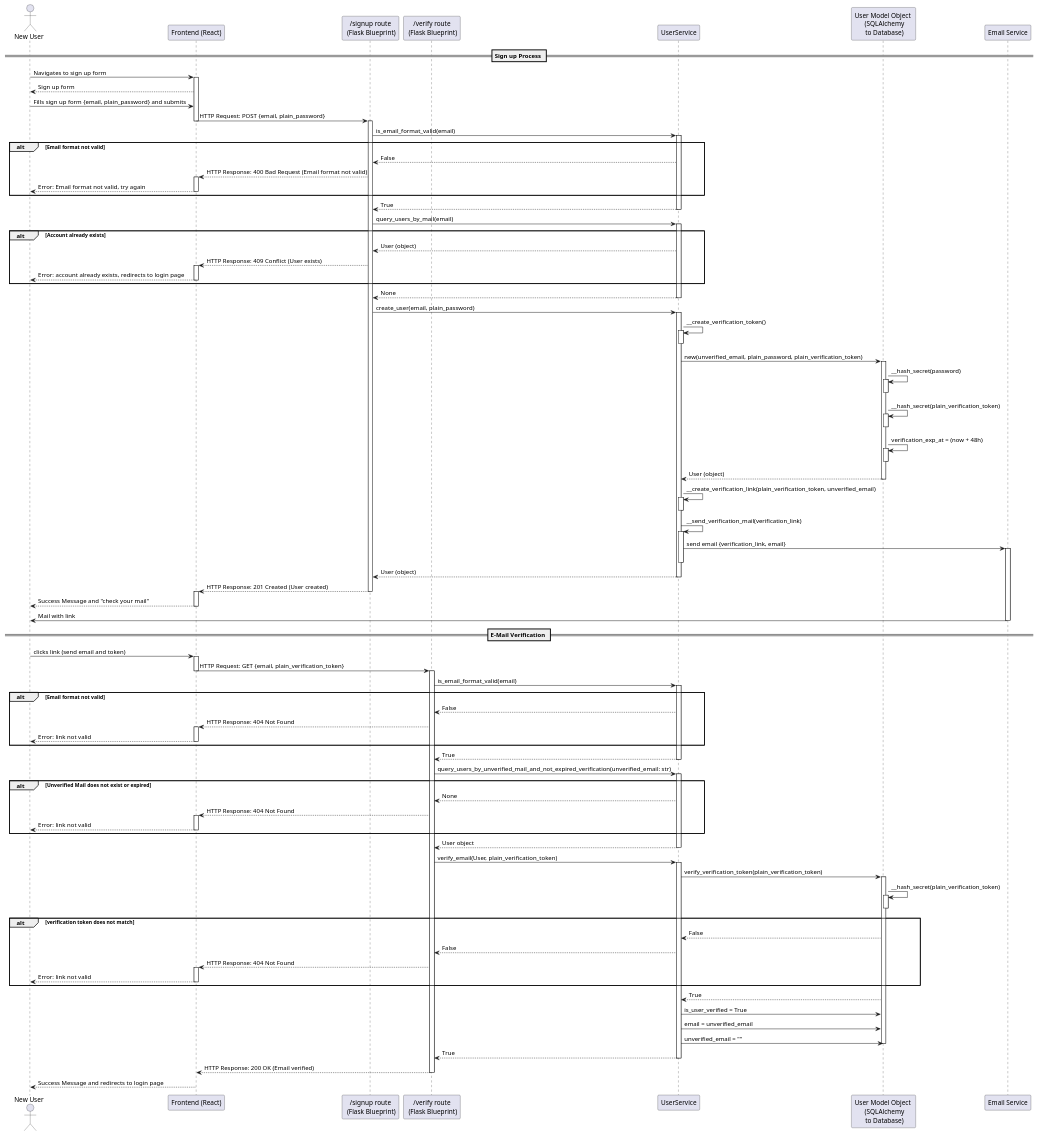
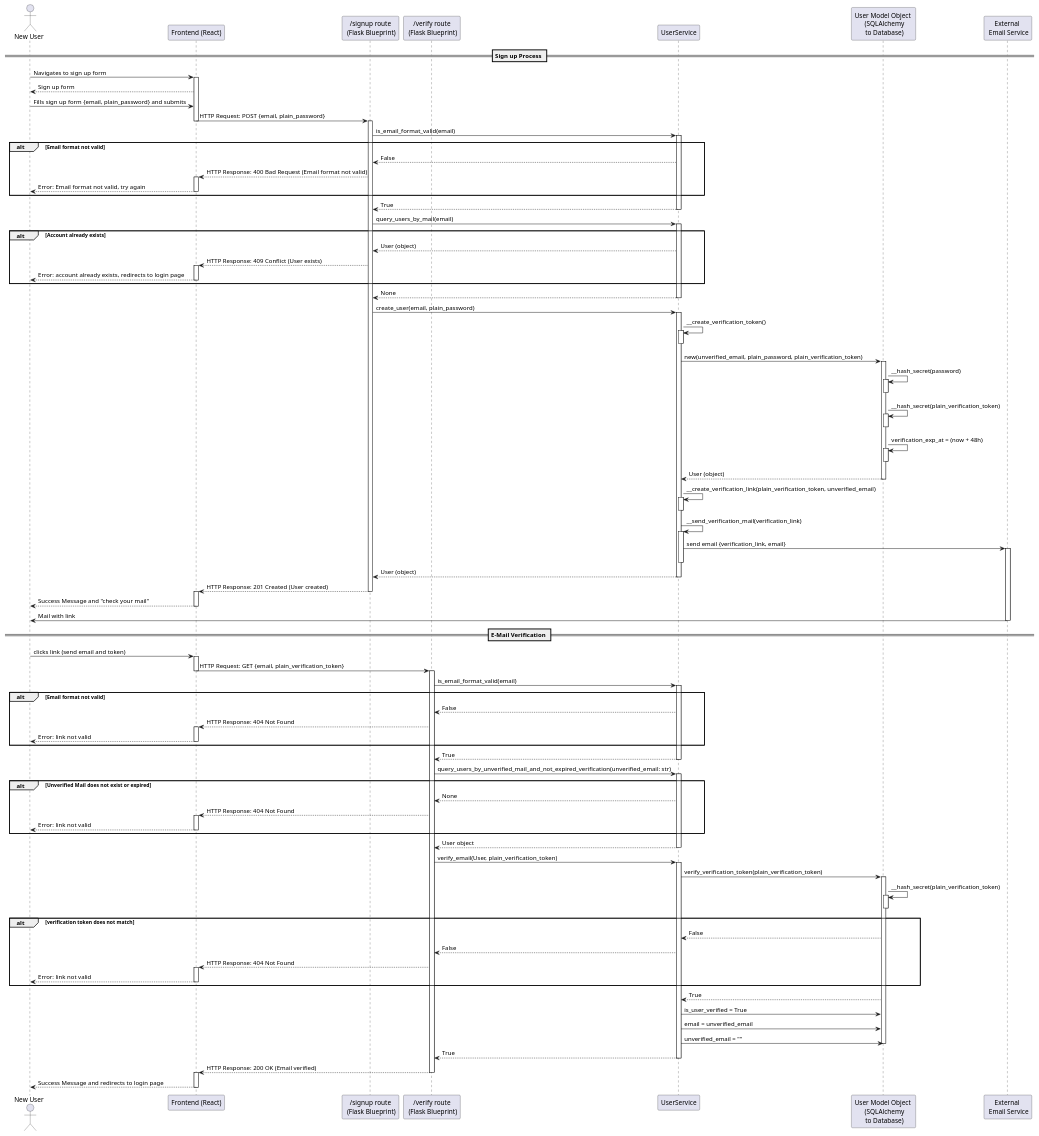
Before and after one commit to dominikoetiker/TheMentalLoadHub: the diagram in docs/diagrams/uml/sequence/user_registration.puml, drawn with PlantUML.

Commit message:
Update sequence diagram to rename Email Service and add FE steps
Renamed "Email Service" to "External Email Service" for clarity in the user registration sequence diagram. Added missing activate/deactivate steps for the frontend (FE) to improve accuracy and completeness.

```diff
--- a/docs/diagrams/uml/sequence/user_registration.puml
+++ b/docs/diagrams/uml/sequence/user_registration.puml
@@ -1,129 +1,131 @@
 @startuml
 actor "New User" as AppUser
 participant "Frontend (React)" as FE
 participant "/signup route\n (Flask Blueprint)" as SR
 participant "/verify route\n (Flask Blueprint)" as VR
 participant "UserService" as US
 participant "User Model Object \n (SQLAlchemy\n to Database)" as UM
-participant "Email Service" as Mail
+participant "External \n Email Service" as Mail
 
 == Sign up Process ==
 AppUser -> FE : Navigates to sign up form
 activate FE
 AppUser <-- FE : Sign up form
 AppUser -> FE : Fills sign up form {email, plain_password} and submits
 FE -> SR : HTTP Request: POST {email, plain_password}
 deactivate FE
 activate SR
 SR -> US : is_email_format_valid(email)
 activate US
 alt Email format not valid
     SR <-- US : False
     FE <-- SR : HTTP Response: 400 Bad Request (Email format not valid)
     activate FE
     AppUser <-- FE : Error: Email format not valid, try again
     deactivate FE
 end
 SR <-- US : True
 deactivate US
 SR -> US : query_users_by_mail(email)
 activate US
 alt Account already exists
     SR <-- US : User (object)
     FE <-- SR : HTTP Response: 409 Conflict (User exists)
     activate FE
     AppUser <-- FE : Error: account already exists, redirects to login page
     deactivate FE
 end
 SR <-- US : None
 deactivate US
 SR -> US : create_user(email, plain_password)
 activate US
 US -> US : __create_verification_token()
 activate US
 deactivate US
 US -> UM : new(unverified_email, plain_password, plain_verification_token)
 activate UM
 UM -> UM : __hash_secret(password)
 activate UM
 deactivate UM
 UM -> UM : __hash_secret(plain_verification_token)
 activate UM
 deactivate UM
 UM -> UM : verification_exp_at = (now + 48h)
 activate UM
 deactivate UM
 US <-- UM : User (object)
 deactivate UM
 US -> US : __create_verification_link(plain_verification_token, unverified_email)
 activate US
 deactivate US
 US -> US : __send_verification_mail(verification_link)
 activate US
 US -> Mail : send email {verification_link, email}
 activate Mail
 deactivate US
 SR <-- US : User (object)
 deactivate US
 FE <-- SR : HTTP Response: 201 Created (User created)
 deactivate SR
 activate FE
 AppUser <-- FE : Success Message and "check your mail"
 deactivate FE
 AppUser <- Mail : Mail with link
 deactivate Mail
 
 == E-Mail Verification ==
 AppUser -> FE : clicks link (send email and token)
 activate FE
 FE -> VR : HTTP Request: GET {email, plain_verification_token}
 deactivate FE
 activate VR
 VR -> US : is_email_format_valid(email)
 activate US
 alt Email format not valid
     VR <-- US : False
     FE <-- VR : HTTP Response: 404 Not Found
     activate FE
     AppUser <-- FE : Error: link not valid
     deactivate FE
 end
 VR <-- US : True
 deactivate US
 VR -> US : query_users_by_unverified_mail_and_not_expired_verification(unverified_email: str)
 activate US
 alt Unverified Mail does not exist or expired
     VR <-- US : None
     FE <-- VR : HTTP Response: 404 Not Found
     activate FE
     AppUser <-- FE : Error: link not valid
     deactivate FE
 end
 VR <-- US : User object
 deactivate US
 VR -> US : verify_email(User, plain_verification_token)
 activate US
 US -> UM : verify_verification_token(plain_verification_token)
 activate UM
 UM -> UM : __hash_secret(plain_verification_token)
 activate UM
 deactivate UM
 alt verification token does not match
     US <-- UM : False
     VR <-- US : False
     FE <-- VR : HTTP Response: 404 Not Found
     activate FE
     AppUser <-- FE : Error: link not valid
     deactivate FE
 end
 US <-- UM : True
 US -> UM : is_user_verified = True
 US -> UM : email = unverified_email
 US -> UM : unverified_email = ""
 deactivate UM
 VR <-- US : True
 deactivate US
 FE <-- VR : HTTP Response: 200 OK (Email verified)
 deactivate VR
+activate FE
 AppUser <-- FE : Success Message and redirects to login page
+deactivate FE
 @enduml
```
